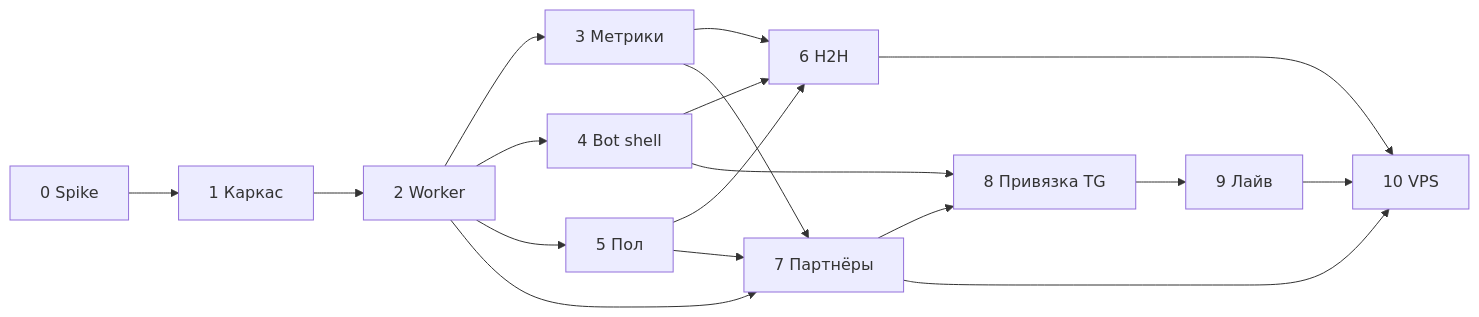
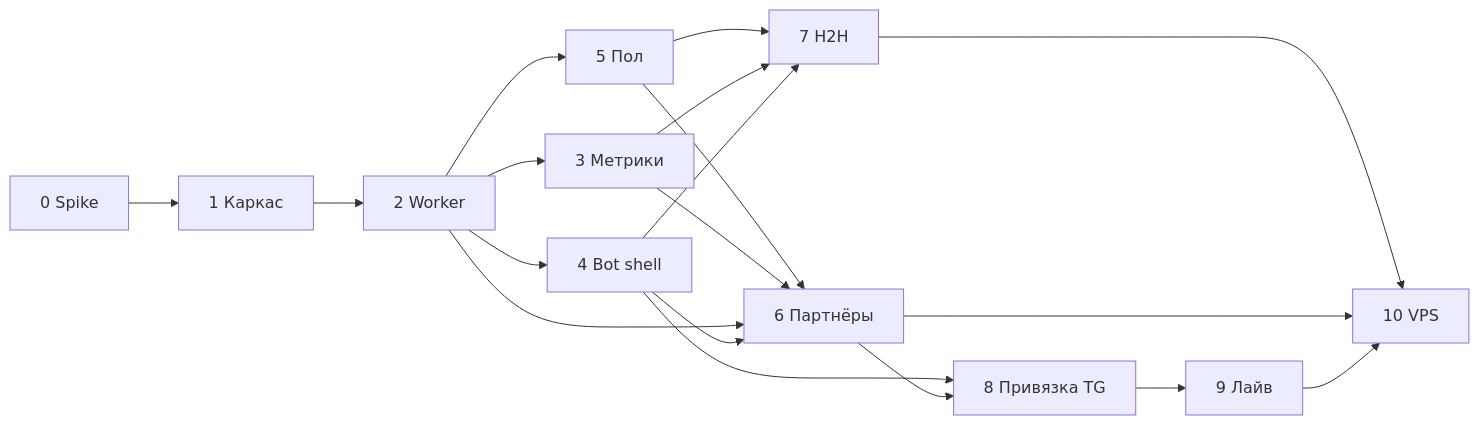
Before and after one commit to aleksandrlk751/badminton-lab-tg-bot: the diagram in docs/PLAN.md, drawn with Mermaid. The commit also changed other lines of this file and 43 other files, not shown here.

````diff
--- a/docs/PLAN.md
+++ b/docs/PLAN.md
@@ -380,20 +387,21 @@
 ```mermaid
 flowchart LR
   E0[0 Spike] --> E1[1 Каркас]
   E1 --> E2[2 Worker]
   E2 --> E3[3 Метрики]
   E2 --> E4[4 Bot shell]
   E2 --> E5[5 Пол]
-  E5 --> E6[6 H2H]
+  E5 --> E6[6 Партнёры]
   E3 --> E6
+  E2 --> E6
   E4 --> E6
-  E3 --> E7[7 Партнёры]
-  E2 --> E7
-  E5 --> E7
+  E5 --> E7[7 H2H]
+  E3 --> E7
+  E4 --> E7
   E4 --> E8[8 Привязка TG]
-  E7 --> E8
+  E6 --> E8
   E8 --> E9[9 Лайв]
-  E6 --> E10[10 VPS]
-  E7 --> E10
+  E7 --> E10[10 VPS]
+  E6 --> E10
   E9 --> E10
 ```
````
